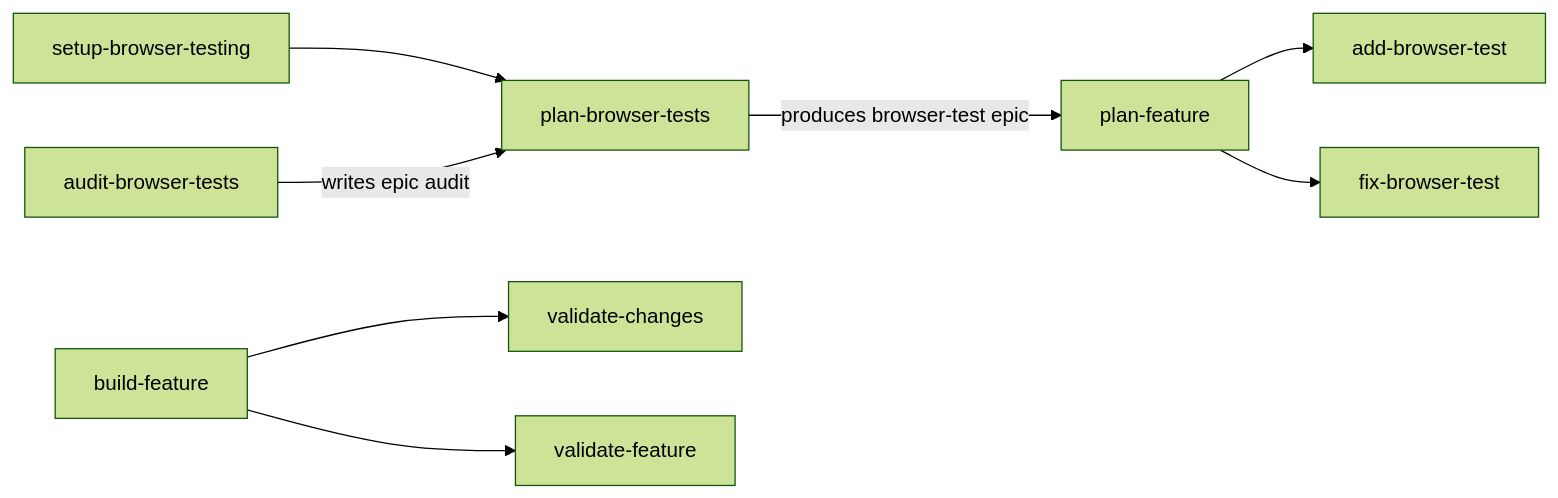
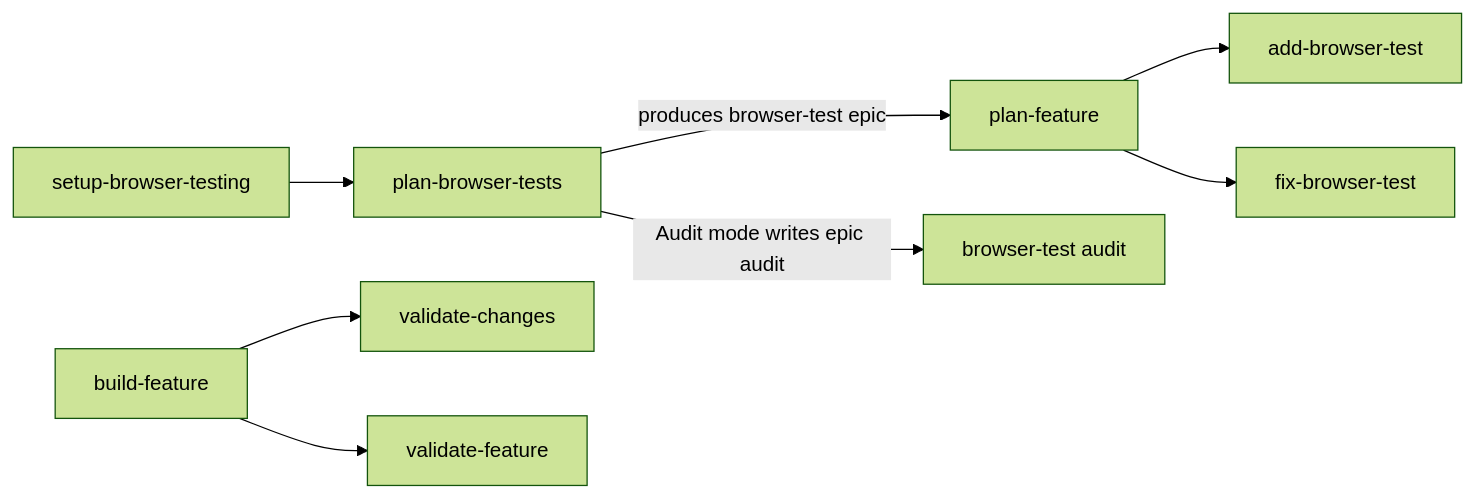
The sixth of 14 diagrams in README.md (pnewsam/skills), drawn with Mermaid (forest theme) before and after one commit. The commit also changed other lines of this file and 82 other files, not shown here.

````diff
--- a/README.md
+++ b/README.md
@@ -198,10 +209,10 @@
 ```mermaid
 flowchart LR
     SBT[setup-browser-testing] --> PBT[plan-browser-tests]
     PBT -->|produces browser-test epic| PF2[plan-feature]
-    ABT2[audit-browser-tests] -->|writes epic audit| PBT
+    PBT -->|Audit mode writes epic audit| AUD[browser-test audit]
     PF2 --> ABT[add-browser-test]
     PF2 --> FBT[fix-browser-test]
     BF2[build-feature] --> VC[validate-changes]
     BF2 --> VF2[validate-feature]
 ```
````
